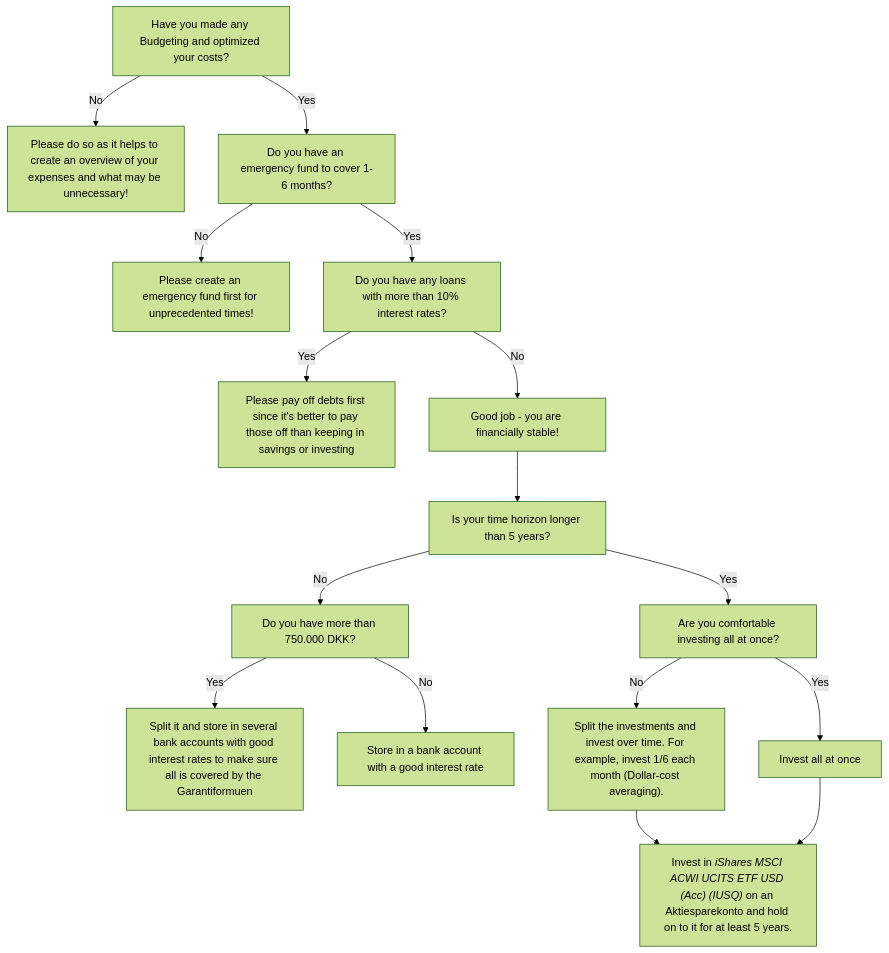
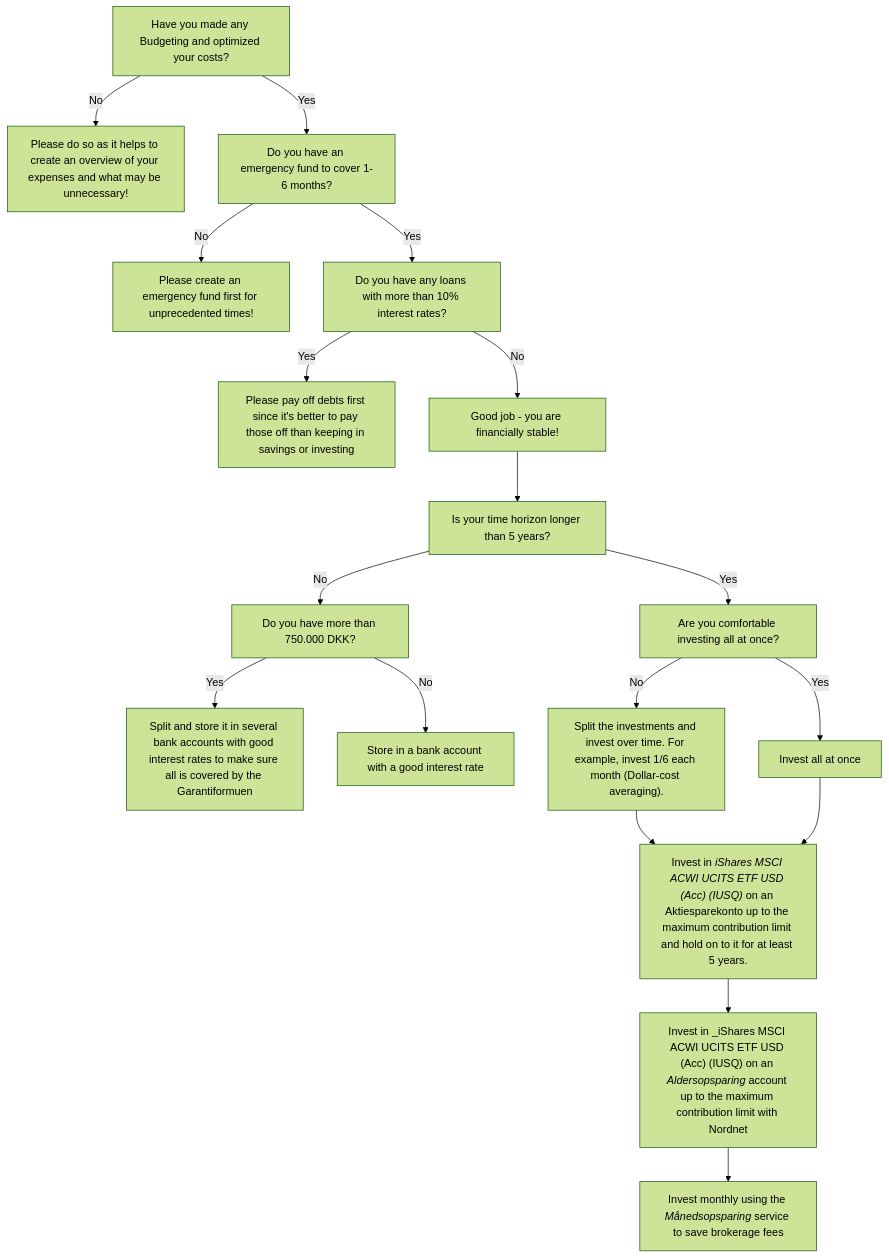
One commit to dk-invest-101/dk-invest-101.github.io changed the diagram in docs/Investing Flowchart.mdx. Above: the diagram before and after it, drawn with Mermaid (forest theme). The commit also changed other lines of this file and 14 other files, not shown here.

````diff
--- a/docs/Investing Flowchart.mdx
+++ b/docs/Investing Flowchart.mdx
@@ -8,26 +8,31 @@
 ```mermaid
 flowchart TD
     A["`Have you made any Budgeting and optimized your costs?`"]
     A -->|No| B["`Please do so as it helps to create an overview of your expenses and what may be unnecessary!`"]
     A -->|Yes| C["`Do you have an emergency fund to cover 1-6 months?`"]
     C -->|No| D["`Please create an emergency fund first for unprecedented times!`"]
     C -->|Yes| E["`Do you have any loans with more than 10% interest rates?`"]
     E -->|Yes| G["`Please pay off debts first since it's better to pay those off than keeping in savings or investing`"]
     E -->|No| F["`Good job - you are financially stable!`"]
     F --> H["`Is your time horizon longer than 5 years?`"]
     H -->|No| I["Do you have more than 750.000 DKK?"]
-    I -->|Yes| J["`Split it and store in several bank accounts with good interest rates to make sure all is covered by the Garantiformuen`"]
+    I -->|Yes| J["`Split and store it in several bank accounts with good interest rates to make sure all is covered by the Garantiformuen`"]
     I -->|No| K["`Store in a bank account with a good interest rate`"]
     H -->|Yes| L["`Are you comfortable investing all at once?`"]
     L -->|No| M["`Split the investments and invest over time. For example, invest 1/6 each month (Dollar-cost averaging).`"]
     L -->|Yes| N["`Invest all at once`"]
-    M & N --> O["`Invest in _iShares MSCI ACWI UCITS ETF USD (Acc) (IUSQ)_ on an Aktiesparekonto and hold on to it for at least 5 years.`"]
+    M & N --> O["`Invest in _iShares MSCI ACWI UCITS ETF USD (Acc) (IUSQ)_ on an Aktiesparekonto up to the maximum contribution limit and hold on to it for at least 5 years.`"]
+    O -->  P["`Invest in _iShares MSCI ACWI UCITS ETF USD (Acc) (IUSQ) on an _Aldersopsparing_ account up to the maximum contribution limit with Nordnet`"] 
+    P --> Q["`Invest monthly using the _Månedsopsparing_ service to save brokerage fees`"]
+
     click B "https://dk-invest-101.github.io/Budgeting%20before%20Investing"
     click D "https://dk-invest-101.github.io/Budgeting%20before%20Investing#emergency-fund"
     click G "https://ukpersonal.finance/debt/#Why_interest_is_a_killer_%F0%9F%9A%92"
     click H "https://dk-invest-101.github.io/Budgeting%20before%20Investing#financial-planning"
     click J "https://dk-invest-101.github.io/QandA#where-to-safely-store-large-sums-of-money"
-    click O "https://dk-invest-101.github.io/How%20to%20choose%20your%20Investment#etf-recommendations"
+    click O "https://dk-invest-101.github.io/How%20to%20choose%20your%20Investment#picking-an-etf-for-you-aktiesparekonto"
     click M "https://dk-invest-101.github.io/QandA#invest-a-large-sum-all-at-once-or-over-a-period-of-months"
     click N "https://dk-invest-101.github.io/QandA#invest-a-large-sum-all-at-once-or-over-a-period-of-months"
+    click P "https://dk-invest-101.github.io/Investment%20Strategies#2-aldersopsparing"
+    click Q "https://dk-invest-101.github.io/Investment%20Strategies#3-m%C3%A5nedsopsparing"
 ```
````
